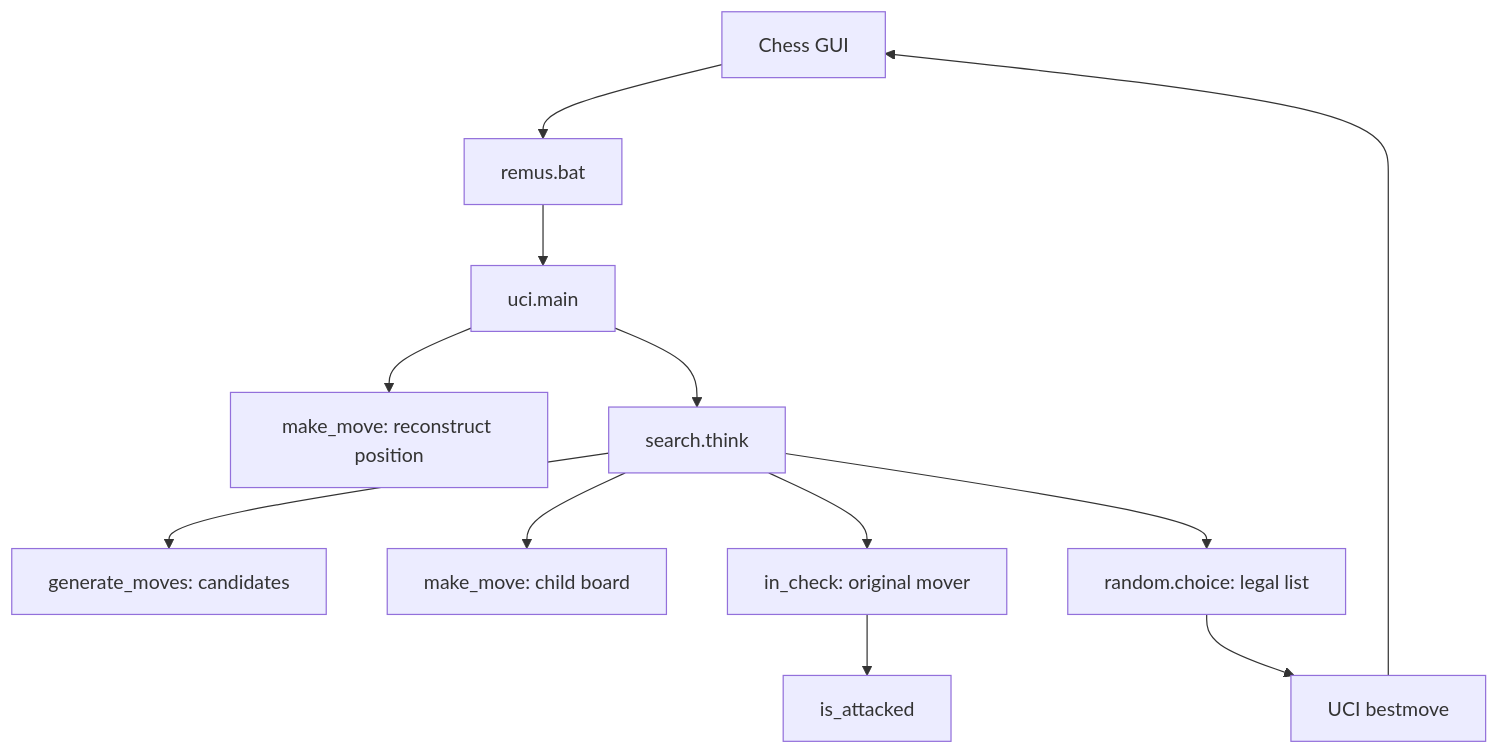
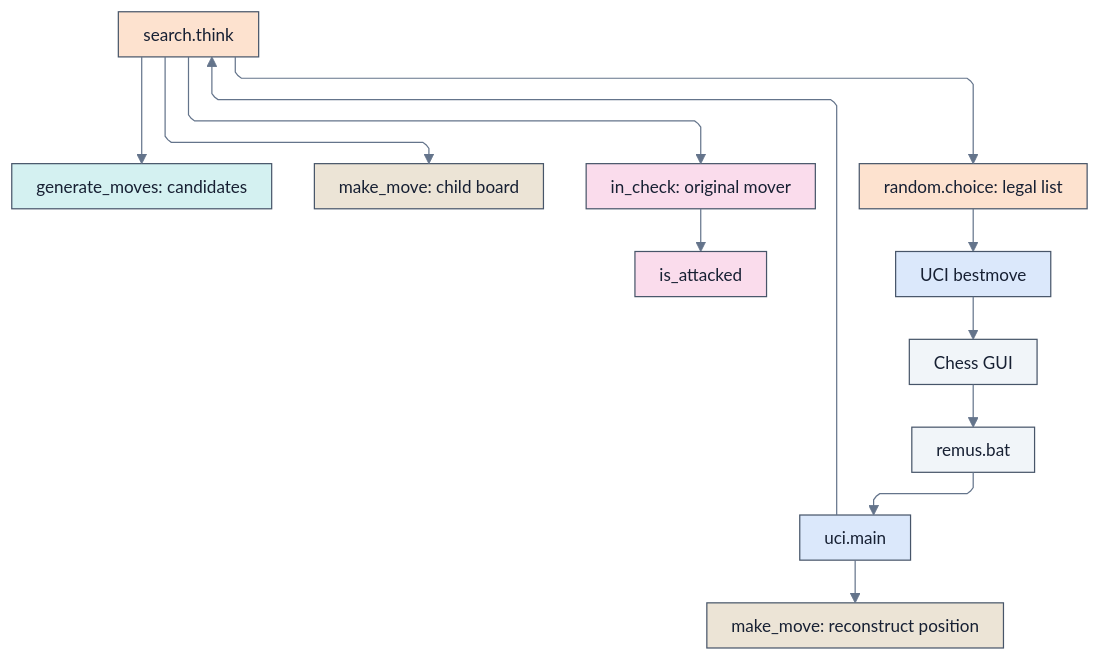
The diagram in engines_instructor/Remus1/Remus1_details.md (dbiersach/remus), drawn with Mermaid before and after one commit. The commit also changed other lines of this file and 137 other files, not shown here.

````diff
--- a/engines_instructor/Remus1/Remus1_details.md
+++ b/engines_instructor/Remus1/Remus1_details.md
@@ -59,14 +59,49 @@
 ```mermaid
+---
+config:
+  layout: elk
+  theme: base
+  htmlLabels: false
+  themeVariables:
+    fontFamily: Arial
+    fontSize: 14px
+    lineColor: '#64748b'
+    primaryTextColor: '#172033'
+  flowchart:
+    htmlLabels: false
+    curve: linear
+    wrappingWidth: 320
+    nodeSpacing: 24
+    rankSpacing: 45
+    padding: 10
+---
 flowchart TD
     GUI[Chess GUI] --> BAT[remus.bat]
     BAT --> UCI[uci.main]
     UCI --> APPLY[make_move: reconstruct position]
     UCI --> THINK[search.think]
     THINK --> GENERATE[generate_moves: candidates]
     THINK --> COPY[make_move: child board]
     THINK --> CHECK[in_check: original mover]
     CHECK --> ATTACK[is_attacked]
     THINK --> CHOICE[random.choice: legal list]
     CHOICE --> OUTPUT[UCI bestmove]
     OUTPUT --> GUI
+    class APPLY module_make_move;
+    class ATTACK module_attacks;
+    class BAT module_external;
+    class CHECK module_attacks;
+    class CHOICE module_search;
+    class COPY module_make_move;
+    class GENERATE module_move_generation;
+    class GUI module_external;
+    class OUTPUT module_uci;
+    class THINK module_search;
+    class UCI module_uci;
+    classDef module_attacks fill:#fadcec,stroke:#475569,stroke-width:1px,color:#172033;
+    classDef module_external fill:#f1f5f9,stroke:#475569,stroke-width:1px,color:#172033;
+    classDef module_make_move fill:#ece4d6,stroke:#475569,stroke-width:1px,color:#172033;
+    classDef module_move_generation fill:#d4f1f1,stroke:#475569,stroke-width:1px,color:#172033;
+    classDef module_search fill:#fde2cf,stroke:#475569,stroke-width:1px,color:#172033;
+    classDef module_uci fill:#dbe8fb,stroke:#475569,stroke-width:1px,color:#172033;
 ```
````
